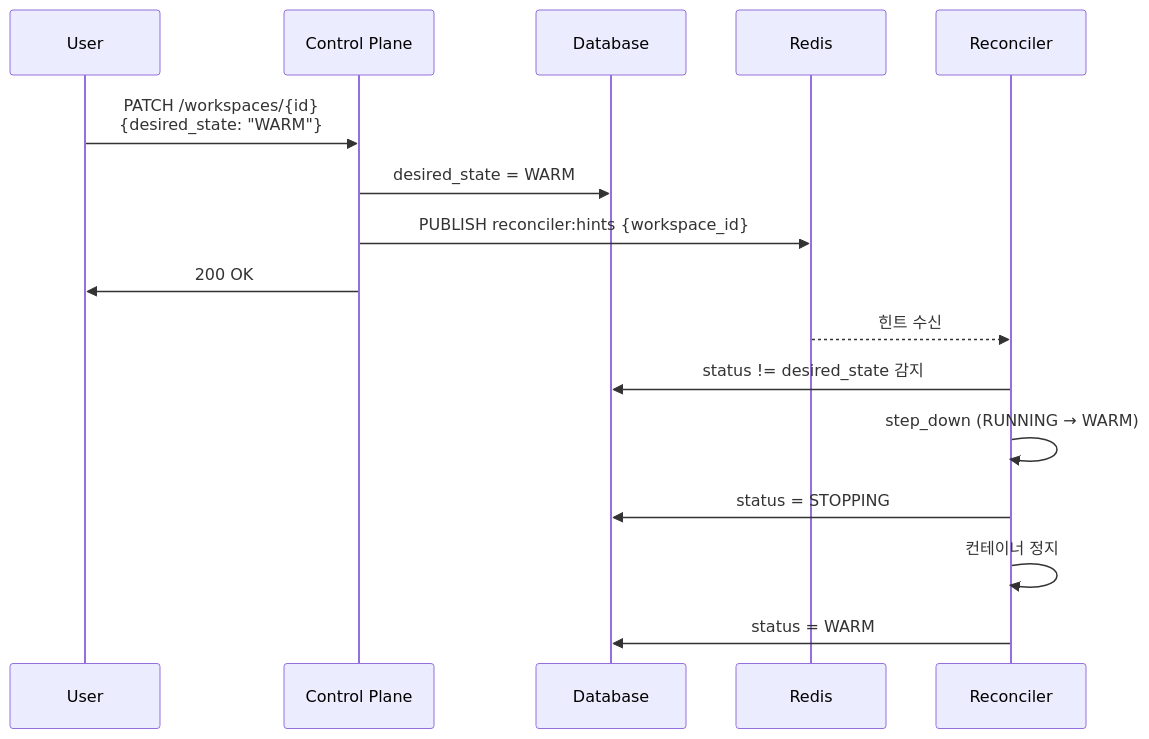
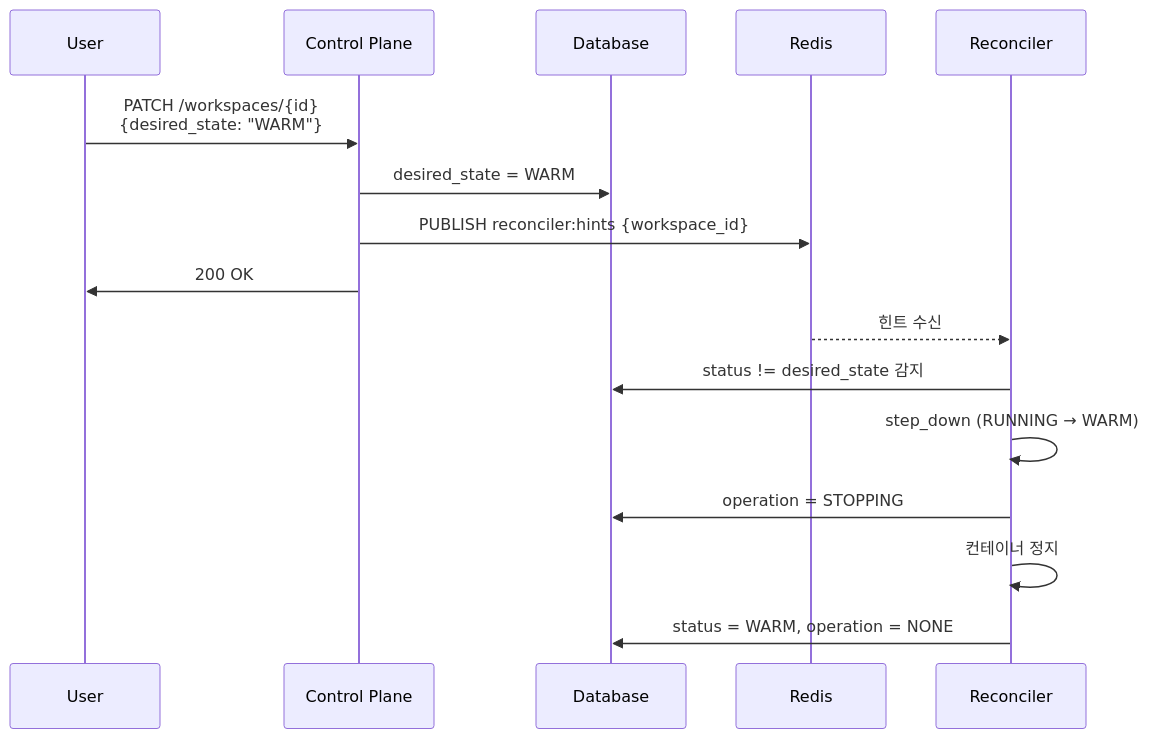
Before and after one commit to cagojeiger/code-hub: the sixth of 10 diagrams in docs/spec_v2/flows.md, drawn with Mermaid. The commit also changed other lines of this file and 4 other files, not shown here.

First line of the commit message:
docs(adr): add ADR-009 for status + operation separation

````diff
--- a/docs/spec_v2/flows.md
+++ b/docs/spec_v2/flows.md
@@ -212,20 +213,20 @@
 ```mermaid
 sequenceDiagram
     participant U as User
     participant API as Control Plane
     participant DB as Database
     participant Redis as Redis
     participant R as Reconciler
 
     U->>API: PATCH /workspaces/{id}<br/>{desired_state: "WARM"}
     API->>DB: desired_state = WARM
     API->>Redis: PUBLISH reconciler:hints {workspace_id}
     API->>U: 200 OK
 
     Redis-->>R: 힌트 수신
     R->>DB: status != desired_state 감지
     R->>R: step_down (RUNNING → WARM)
-    R->>DB: status = STOPPING
+    R->>DB: operation = STOPPING
     R->>R: 컨테이너 정지
-    R->>DB: status = WARM
+    R->>DB: status = WARM, operation = NONE
 ```
````
